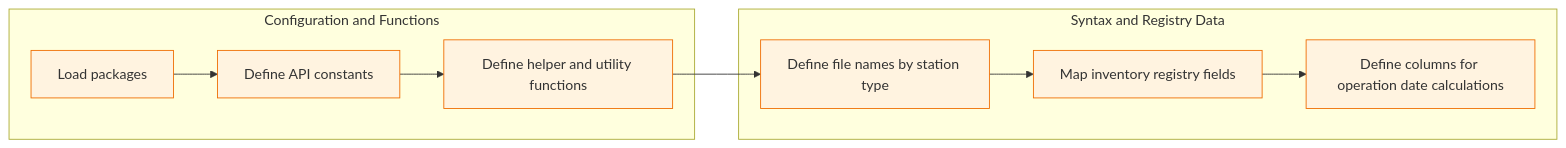
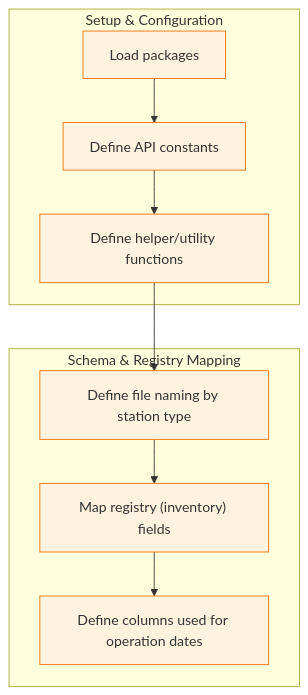
One commit to cidacslab/plataforma-clima-ambiente-readthedocs changed the second of 5 diagrams in docs/source/ana_data.rst. Above: the diagram before and after it, drawn with Mermaid. The commit also changed other lines of this file and 13 other files, not shown here.

```diff
--- a/docs/source/ana_data.rst
+++ b/docs/source/ana_data.rst
@@ -203,24 +227,24 @@
 .. mermaid::
-  flowchart LR
-    subgraph S1["Configuration and Functions"]
-      A1["Load packages"]:::configCode
-      A2["Define API constants"]:::configCode
-      A3["Define helper and utility functions"]:::configCode
-      A1 --> A2 --> A3
-    end
 
-    subgraph S2["Syntax and Registry Data"]
-      B1["Define file names by station type"]:::configCode
-      B2["Map inventory registry fields"]:::configCode
-      B3["Define columns for operation date calculations"]:::configCode
-      B1 --> B2 --> B3
-    end
+   flowchart TB
+     subgraph S1["Setup & Configuration"]
+       A1["Load packages"]:::configCode
+       A2["Define API constants"]:::configCode
+       A3["Define helper/utility functions"]:::configCode
+       A1 --> A2 --> A3
+     end
 
-    %% Connections between sections via node
-    A3 --> B1
+     subgraph S2["Schema & Registry Mapping"]
+       B1["Define file naming by station type"]:::configCode
+       B2["Map registry (inventory) fields"]:::configCode
+       B3["Define columns used for operation dates"]:::configCode
+       B1 --> B2 --> B3
+     end
 
-    %% Color palette
-    classDef configCode fill:#fff3e0,stroke:#ef6c00;
-    classDef reqCode fill:#e3f2fd,stroke:#1565c0;
-    classDef validacao fill:#e8f5e9,stroke:#2e7d32;
-    classDef exportacao fill:#ede7f6,stroke:#5e35b1;
+     A3 --> B1
+
+     %% Color palette
+     classDef configCode fill:#fff3e0,stroke:#ef6c00;
+     classDef reqCode fill:#e3f2fd,stroke:#1565c0;
+     classDef validacao fill:#e8f5e9,stroke:#2e7d32;
+     classDef exportacao fill:#ede7f6,stroke:#5e35b1;
```
